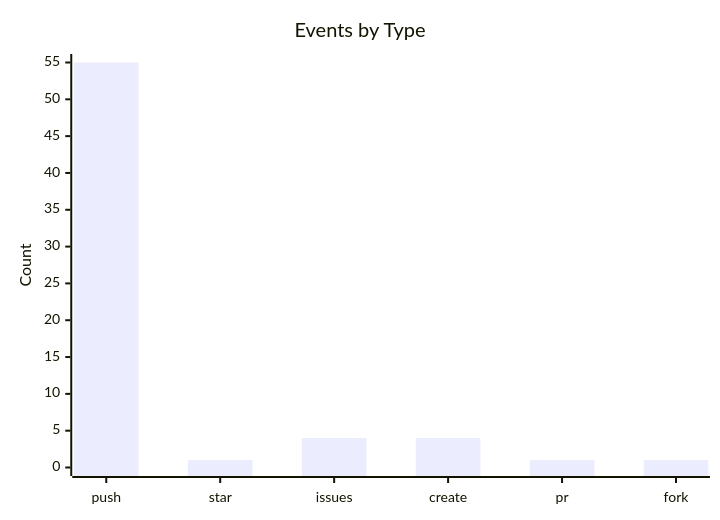
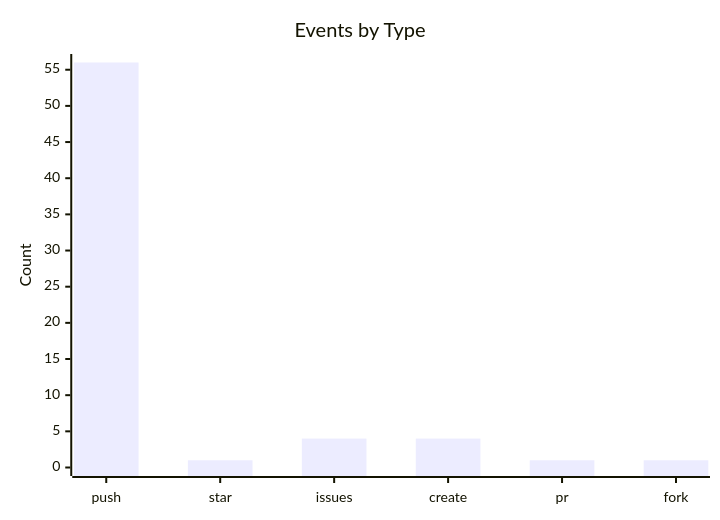
One commit to lunarshe11/lunarshe11 changed the third of 3 diagrams in README.md. Above: the diagram before and after it, drawn with Mermaid. The commit also changed other lines of this file, not shown here.

````diff
--- a/README.md
+++ b/README.md
@@ -39,7 +39,7 @@
 ```mermaid
 xychart-beta
     title "Events by Type"
     x-axis ["push", "star", "issues", "create", "pr", "fork"]
-    y-axis "Count" 0 --> 55
-    bar [55, 1, 4, 4, 1, 1]
+    y-axis "Count" 0 --> 56
+    bar [56, 1, 4, 4, 1, 1]
 ```
````
